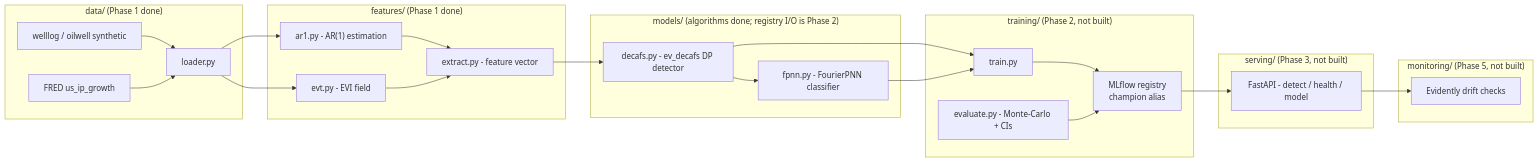
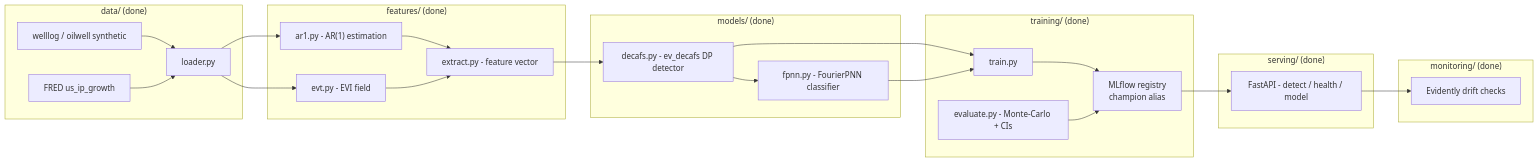
The diagram in README.md (dasagniva/ev-decafs-serve), drawn with Mermaid before and after one commit. The commit also changed other lines of this file and 39 other files, not shown here.

````diff
--- a/README.md
+++ b/README.md
@@ -55,35 +79,35 @@
 ```mermaid
 flowchart LR
-    subgraph data["data/ (Phase 1 done)"]
+    subgraph data["data/ (done)"]
         A["welllog / oilwell synthetic"] --> C
         B["FRED us_ip_growth"] --> C
         C["loader.py"]
     end
-    subgraph features["features/ (Phase 1 done)"]
+    subgraph features["features/ (done)"]
         D["ar1.py - AR(1) estimation"]
         E["evt.py - EVI field"]
         F["extract.py - feature vector"]
     end
-    subgraph models["models/ (algorithms done; registry I/O is Phase 2)"]
+    subgraph models["models/ (done)"]
         G["decafs.py - ev_decafs DP detector"]
         H["fpnn.py - FourierPNN classifier"]
     end
-    subgraph training["training/ (Phase 2, not built)"]
+    subgraph training["training/ (done)"]
         I["train.py"] --> J["MLflow registry<br/>champion alias"]
         K["evaluate.py - Monte-Carlo + CIs"] --> J
     end
-    subgraph serving["serving/ (Phase 3, not built)"]
+    subgraph serving["serving/ (done)"]
         L["FastAPI - detect / health / model"]
     end
-    subgraph monitoring["monitoring/ (Phase 5, not built)"]
+    subgraph monitoring["monitoring/ (done)"]
         M["Evidently drift checks"]
     end
 
     C --> D --> F
     C --> E --> F
     F --> G --> H
     G --> I
     H --> I
     J --> L
     L --> M
 ```
````
